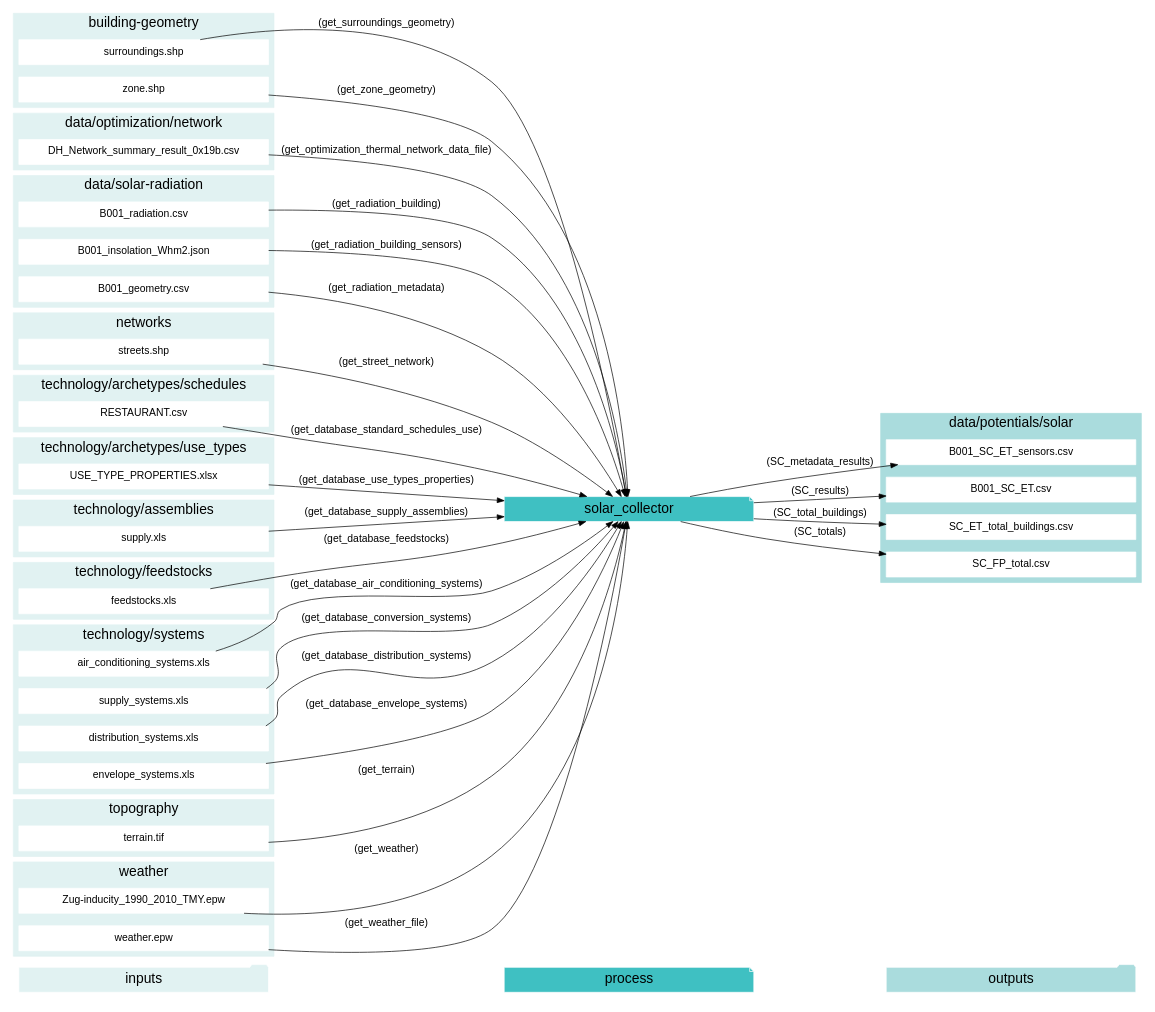
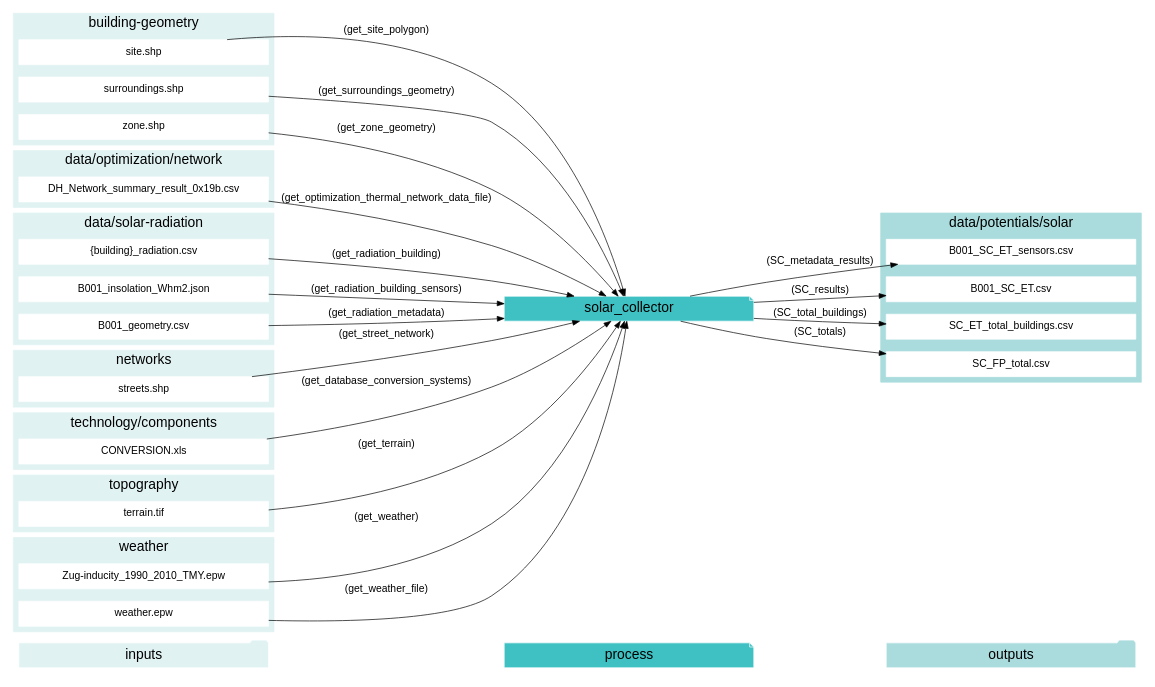
Before and after one commit to architecture-building-systems/CityEnergyAnalyst: the diagram in docs/graphviz/solar_collector.gv, drawn with Graphviz. The commit also changed 24 other files, not shown here.

```diff
--- a/docs/graphviz/solar_collector.gv
+++ b/docs/graphviz/solar_collector.gv
@@ -1,145 +1,105 @@
 digraph trace_inputlocator {
     rankdir="LR";
     graph [overlap=false, fontname=arial];
     node [shape=box, style=filled, color=white, fontsize=15, fontname=arial, fixedsize=true, width=5];
     edge [fontname=arial, fontsize = 15]
     newrank=true
     subgraph cluster_legend {
     fontsize=25
     style=invis
     "process"[style=filled, fillcolor="#3FC0C2", shape=note, fontsize=20, fontname="arial"]
     "inputs" [style=filled, shape=folder, color=white, fillcolor="#E1F2F2", fontsize=20]
     "outputs"[style=filled, shape=folder, color=white, fillcolor="#aadcdd", fontsize=20]
     "inputs"->"process"[style=invis]
     "process"->"outputs"[style=invis]
     }
     "solar_collector"[style=filled, color=white, fillcolor="#3FC0C2", shape=note, fontsize=20, fontname=arial];
     subgraph cluster_0_in {
         style = filled;
         color = "#E1F2F2";
         fontsize = 20;
         rank=same;
         label="building-geometry";
+        "site.shp"
         "surroundings.shp"
         "zone.shp"
     }
     subgraph cluster_1_in {
         style = filled;
         color = "#E1F2F2";
         fontsize = 20;
         rank=same;
         label="data/optimization/network";
         "DH_Network_summary_result_0x19b.csv"
     }
     subgraph cluster_2_out {
         style = filled;
         color = "#aadcdd";
         fontsize = 20;
         rank=same;
         label="data/potentials/solar";
         "B001_SC_ET_sensors.csv"
         "B001_SC_ET.csv"
         "SC_ET_total_buildings.csv"
         "SC_FP_total.csv"
     }
     subgraph cluster_3_in {
         style = filled;
         color = "#E1F2F2";
         fontsize = 20;
         rank=same;
         label="data/solar-radiation";
-        "B001_radiation.csv"
+        "{building}_radiation.csv"
         "B001_insolation_Whm2.json"
         "B001_geometry.csv"
     }
     subgraph cluster_4_in {
         style = filled;
         color = "#E1F2F2";
         fontsize = 20;
         rank=same;
         label="networks";
         "streets.shp"
     }
     subgraph cluster_5_in {
         style = filled;
         color = "#E1F2F2";
         fontsize = 20;
         rank=same;
-        label="technology/archetypes/schedules";
-        "RESTAURANT.csv"
+        label="technology/components";
+        "CONVERSION.xls"
     }
     subgraph cluster_6_in {
-        style = filled;
-        color = "#E1F2F2";
-        fontsize = 20;
-        rank=same;
-        label="technology/archetypes/use_types";
-        "USE_TYPE_PROPERTIES.xlsx"
-    }
-    subgraph cluster_7_in {
-        style = filled;
-        color = "#E1F2F2";
-        fontsize = 20;
-        rank=same;
-        label="technology/assemblies";
-        "supply.xls"
-    }
-    subgraph cluster_8_in {
-        style = filled;
-        color = "#E1F2F2";
-        fontsize = 20;
-        rank=same;
-        label="technology/feedstocks";
-        "feedstocks.xls"
-    }
-    subgraph cluster_9_in {
-        style = filled;
-        color = "#E1F2F2";
-        fontsize = 20;
-        rank=same;
-        label="technology/systems";
-        "air_conditioning_systems.xls"
-        "supply_systems.xls"
-        "distribution_systems.xls"
-        "envelope_systems.xls"
-    }
-    subgraph cluster_10_in {
         style = filled;
         color = "#E1F2F2";
         fontsize = 20;
         rank=same;
         label="topography";
         "terrain.tif"
     }
-    subgraph cluster_11_in {
+    subgraph cluster_7_in {
         style = filled;
         color = "#E1F2F2";
         fontsize = 20;
         rank=same;
         label="weather";
         "Zug-inducity_1990_2010_TMY.epw"
         "weather.epw"
     }
-    "air_conditioning_systems.xls" -> "solar_collector"[label="(get_database_air_conditioning_systems)"]
-    "supply_systems.xls" -> "solar_collector"[label="(get_database_conversion_systems)"]
-    "distribution_systems.xls" -> "solar_collector"[label="(get_database_distribution_systems)"]
-    "envelope_systems.xls" -> "solar_collector"[label="(get_database_envelope_systems)"]
-    "feedstocks.xls" -> "solar_collector"[label="(get_database_feedstocks)"]
-    "RESTAURANT.csv" -> "solar_collector"[label="(get_database_standard_schedules_use)"]
-    "supply.xls" -> "solar_collector"[label="(get_database_supply_assemblies)"]
-    "USE_TYPE_PROPERTIES.xlsx" -> "solar_collector"[label="(get_database_use_types_properties)"]
+    "CONVERSION.xls" -> "solar_collector"[label="(get_database_conversion_systems)"]
     "DH_Network_summary_result_0x19b.csv" -> "solar_collector"[label="(get_optimization_thermal_network_data_file)"]
-    "B001_radiation.csv" -> "solar_collector"[label="(get_radiation_building)"]
+    "{building}_radiation.csv" -> "solar_collector"[label="(get_radiation_building)"]
     "B001_insolation_Whm2.json" -> "solar_collector"[label="(get_radiation_building_sensors)"]
     "B001_geometry.csv" -> "solar_collector"[label="(get_radiation_metadata)"]
+    "site.shp" -> "solar_collector"[label="(get_site_polygon)"]
     "streets.shp" -> "solar_collector"[label="(get_street_network)"]
     "surroundings.shp" -> "solar_collector"[label="(get_surroundings_geometry)"]
     "terrain.tif" -> "solar_collector"[label="(get_terrain)"]
     "Zug-inducity_1990_2010_TMY.epw" -> "solar_collector"[label="(get_weather)"]
     "weather.epw" -> "solar_collector"[label="(get_weather_file)"]
     "zone.shp" -> "solar_collector"[label="(get_zone_geometry)"]
     "solar_collector" -> "B001_SC_ET_sensors.csv"[label="(SC_metadata_results)"]
     "solar_collector" -> "B001_SC_ET.csv"[label="(SC_results)"]
     "solar_collector" -> "SC_ET_total_buildings.csv"[label="(SC_total_buildings)"]
     "solar_collector" -> "SC_FP_total.csv"[label="(SC_totals)"]
     }
```
